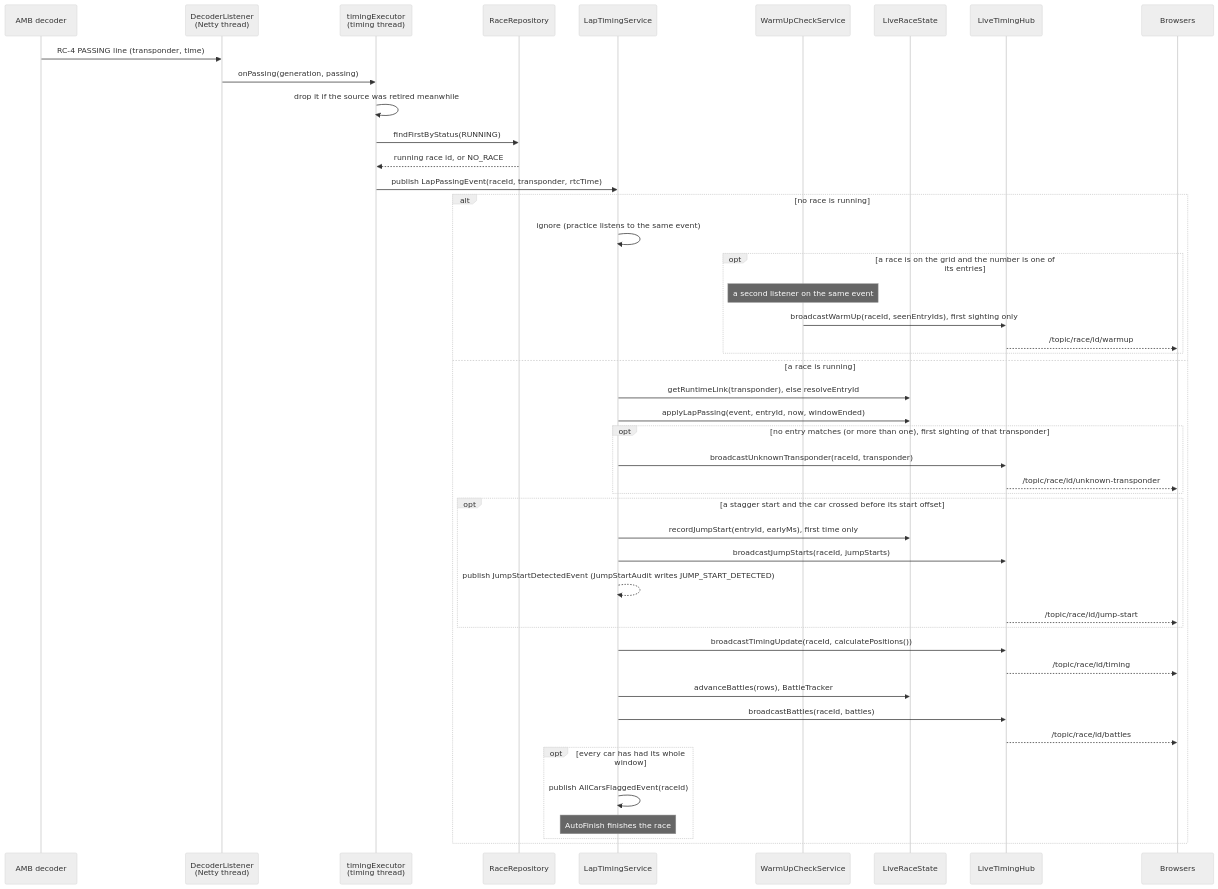
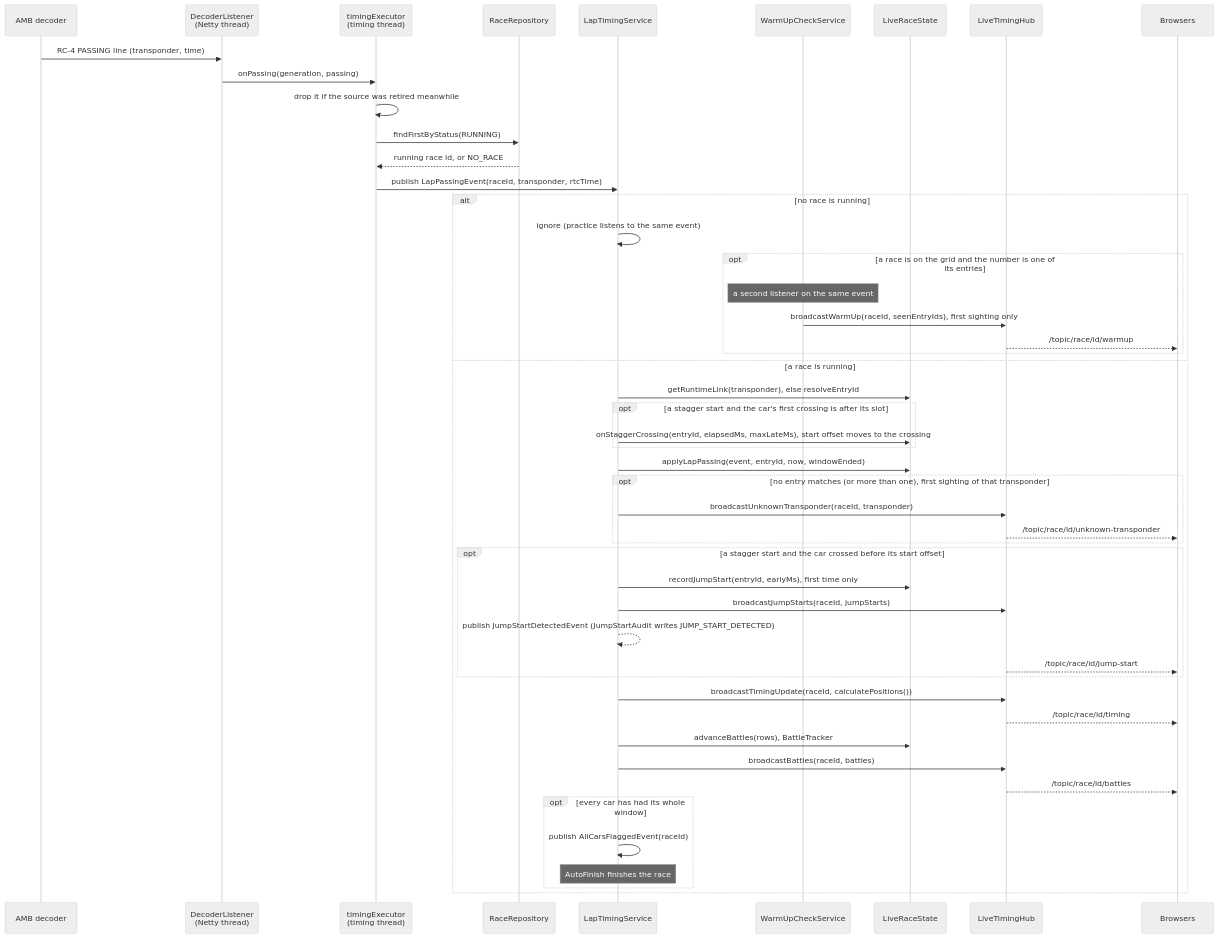
The first of 15 diagrams in docs/developer/sequences.md (RCRaceHub/RCTimingControl), drawn with Mermaid (neutral theme) before and after one commit. The commit also changed 7 other files, not shown here.

First line of the commit message:
Start a staggered car's time at its first line crossing (#762)

````diff
--- a/docs/developer/sequences.md
+++ b/docs/developer/sequences.md
@@ -19,49 +19,52 @@
 ```mermaid
 sequenceDiagram
     participant Dec as AMB decoder
     participant DL as DecoderListener<br/>(Netty thread)
     participant TE as timingExecutor<br/>(timing thread)
     participant RR as RaceRepository
     participant LTS as LapTimingService
     participant WU as WarmUpCheckService
     participant LRS as LiveRaceState
     participant Hub as LiveTimingHub
     participant B as Browsers
 
     Dec->>DL: RC-4 PASSING line (transponder, time)
     DL->>TE: onPassing(generation, passing)
     TE->>TE: drop it if the source was retired meanwhile
     TE->>RR: findFirstByStatus(RUNNING)
     RR-->>TE: running race id, or NO_RACE
     TE->>LTS: publish LapPassingEvent(raceId, transponder, rtcTime)
     alt no race is running
         LTS->>LTS: ignore (practice listens to the same event)
         opt a race is on the grid and the number is one of its entries
             Note over WU: a second listener on the same event
             WU->>Hub: broadcastWarmUp(raceId, seenEntryIds), first sighting only
             Hub-->>B: /topic/race/id/warmup
         end
     else a race is running
         LTS->>LRS: getRuntimeLink(transponder), else resolveEntryId
+        opt a stagger start and the car's first crossing is after its slot
+            LTS->>LRS: onStaggerCrossing(entryId, elapsedMs, maxLateMs), start offset moves to the crossing
+        end
         LTS->>LRS: applyLapPassing(event, entryId, now, windowEnded)
         opt no entry matches (or more than one), first sighting of that transponder
             LTS->>Hub: broadcastUnknownTransponder(raceId, transponder)
             Hub-->>B: /topic/race/id/unknown-transponder
         end
         opt a stagger start and the car crossed before its start offset
             LTS->>LRS: recordJumpStart(entryId, earlyMs), first time only
             LTS->>Hub: broadcastJumpStarts(raceId, jumpStarts)
             LTS-->>LTS: publish JumpStartDetectedEvent (JumpStartAudit writes JUMP_START_DETECTED)
             Hub-->>B: /topic/race/id/jump-start
         end
         LTS->>Hub: broadcastTimingUpdate(raceId, calculatePositions())
         Hub-->>B: /topic/race/id/timing
         LTS->>LRS: advanceBattles(rows), BattleTracker
         LTS->>Hub: broadcastBattles(raceId, battles)
         Hub-->>B: /topic/race/id/battles
         opt every car has had its whole window
             LTS->>LTS: publish AllCarsFlaggedEvent(raceId)
             Note over LTS: AutoFinish finishes the race
         end
     end
 ```
````
